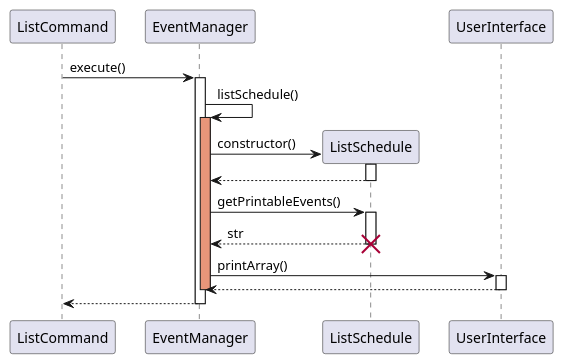
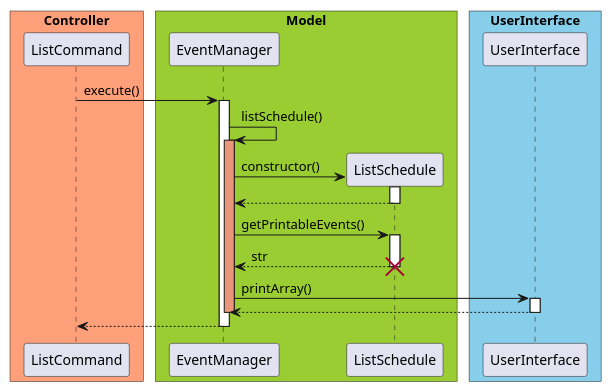
Before and after one commit to untitle4/tp: the diagram in docs/diagram/ListEvent.puml, drawn with PlantUML. The commit also changed 12 other files, not shown here.

Commit message:
Update uml diagrams to support colors

```diff
--- a/docs/diagram/ListEvent.puml
+++ b/docs/diagram/ListEvent.puml
@@ -1,40 +1,40 @@
 @startuml
 
 skinparam ParticipantPadding 10
 skinparam BoxPadding 5
 
-'box "Controller" #LightSalmon
+box "Controller" #LightSalmon
 participant ListCommand
-'end box
+end box
 
-'box "Model" #YellowGreen
+box "Model" #YellowGreen
 participant EventManager
 participant ListSchedule
-'end box
+end box
 
-'box "UserInterface" #skyblue
+box "UserInterface" #skyblue
 participant UserInterface
-'end box
+end box
 
 ListCommand -> EventManager : execute()
 activate EventManager
 EventManager -> EventManager : listSchedule()
 activate EventManager #DarkSalmon
 EventManager -> ListSchedule ** : constructor()
 activate ListSchedule
 ListSchedule --> EventManager
 deactivate ListSchedule
 EventManager -> ListSchedule : getPrintableEvents()
 activate ListSchedule
 ListSchedule --> EventManager : str
 deactivate ListSchedule
 destroy ListSchedule
 EventManager -> UserInterface : printArray()
 activate UserInterface
 UserInterface --> EventManager
 deactivate UserInterface
 deactivate EventManager
 EventManager --> ListCommand
 deactivate EventManager
 
 @enduml
```
